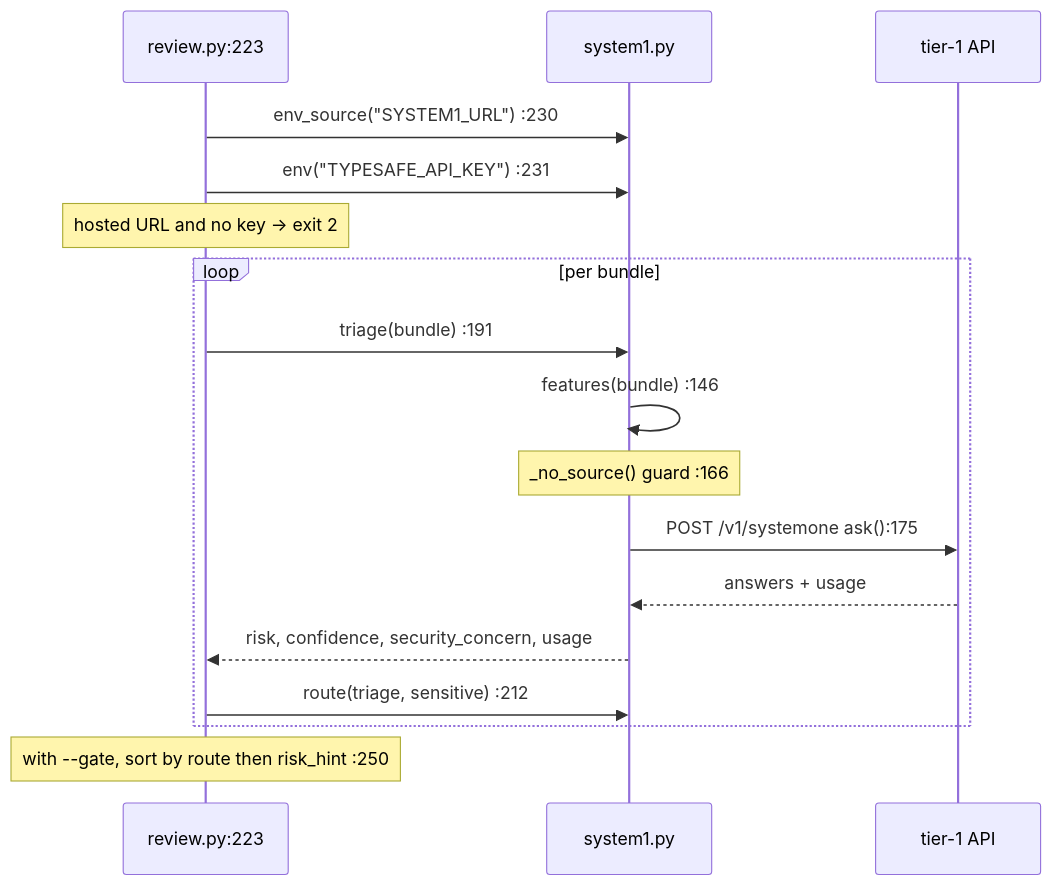
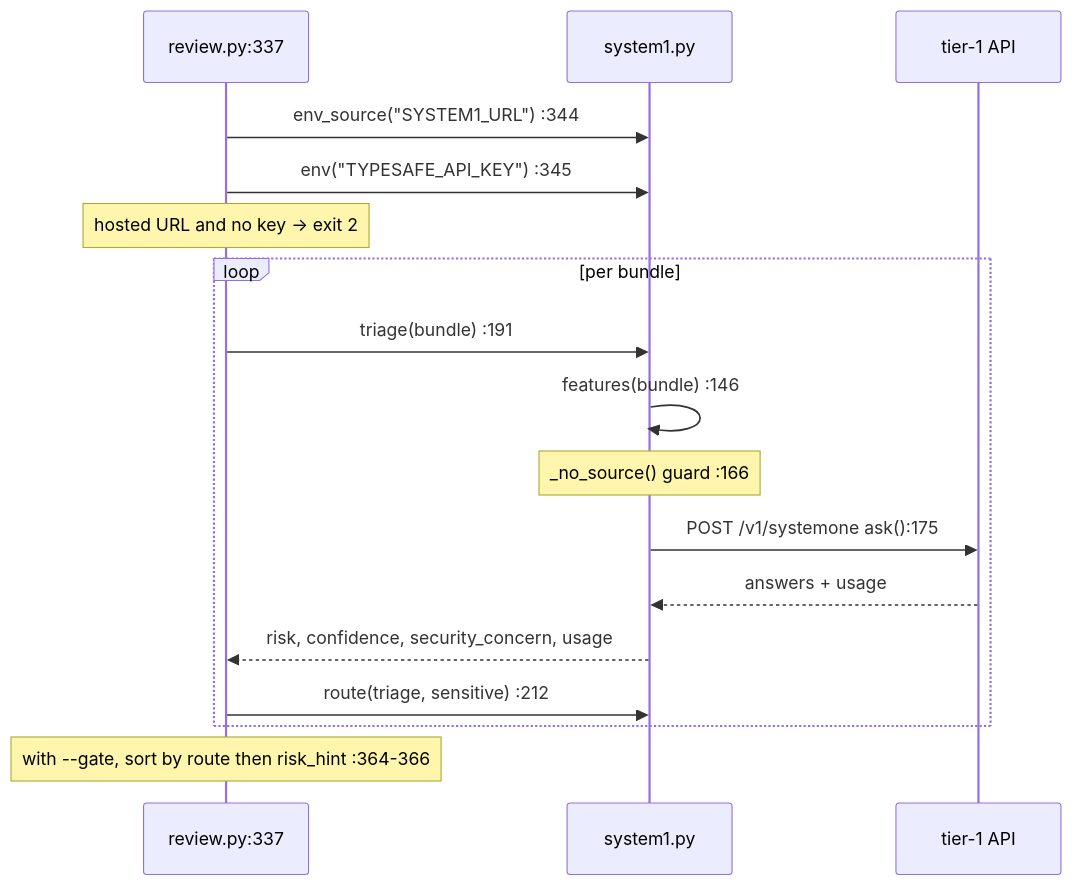
One commit to liem18112000/graph-code-review-agent changed the second of 4 diagrams in docs/call-flow.md. Above: the diagram before and after it, drawn with Mermaid. The commit also changed other lines of this file and 19 other files, not shown here.

````diff
--- a/docs/call-flow.md
+++ b/docs/call-flow.md
@@ -161,20 +190,20 @@
 ```mermaid
 sequenceDiagram
-    participant R as review.py:223
+    participant R as review.py:337
     participant S as system1.py
     participant J as tier-1 API
 
-    R->>S: env_source("SYSTEM1_URL") :230
-    R->>S: env("TYPESAFE_API_KEY") :231
+    R->>S: env_source("SYSTEM1_URL") :344
+    R->>S: env("TYPESAFE_API_KEY") :345
     Note over R: hosted URL and no key -> exit 2
     loop per bundle
         R->>S: triage(bundle) :191
         S->>S: features(bundle) :146
         Note over S: _no_source() guard :166
         S->>J: POST /v1/systemone  ask():175
         J-->>S: answers + usage
         S-->>R: risk, confidence, security_concern, usage
         R->>S: route(triage, sensitive) :212
     end
-    Note over R: with --gate, sort by route then risk_hint :250
+    Note over R: with --gate, sort by route then risk_hint :364-366
 ```
````
